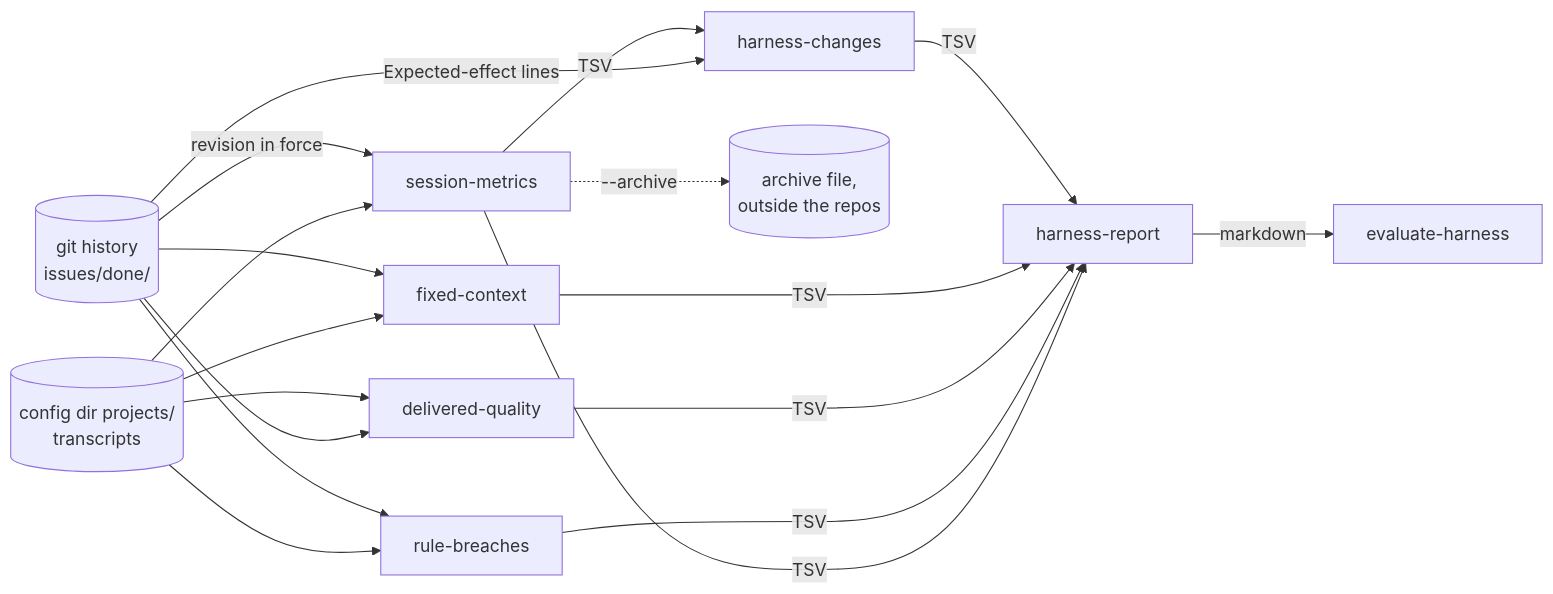
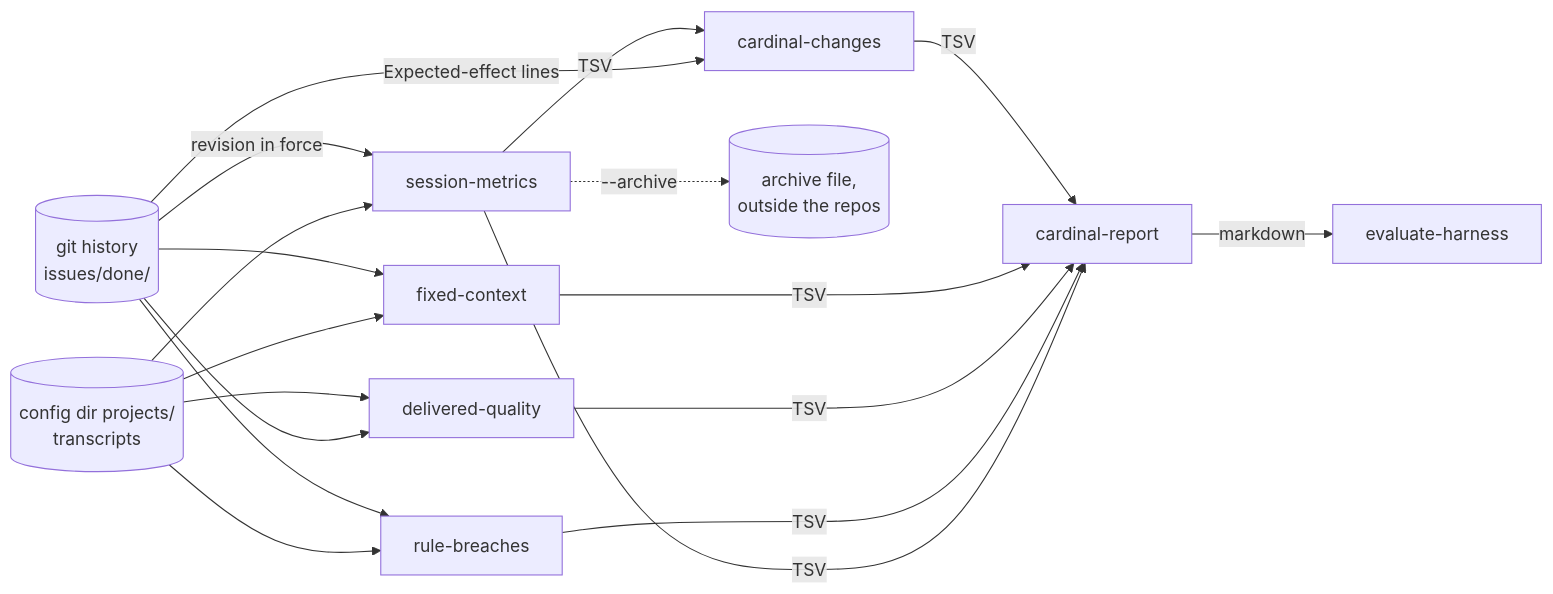
The fourth of 4 diagrams in docs/architecture.md (Electron-libre/agent-harness), drawn with Mermaid before and after one commit. The commit also changed other lines of this file and 16 other files, not shown here.

First line of the commit message:
refactor: name the report and changes tools cardinal

````diff
--- a/docs/architecture.md
+++ b/docs/architecture.md
@@ -214,20 +214,20 @@
 ```mermaid
 flowchart LR
   transcripts[("config dir projects/<br/>transcripts")] --> metrics["session-metrics"]
   transcripts --> breaches["rule-breaches"]
   transcripts --> context["fixed-context"]
   git[("git history<br/>issues/done/")] --> quality["delivered-quality"]
   transcripts --> quality
   git -->|revision in force| metrics
   git --> breaches
   git --> context
-  metrics -->|TSV| report["harness-report"]
+  metrics -->|TSV| report["cardinal-report"]
   breaches -->|TSV| report
   quality -->|TSV| report
   context -->|TSV| report
-  git -->|"Expected-effect lines"| changes["harness-changes"]
+  git -->|"Expected-effect lines"| changes["cardinal-changes"]
   metrics -->|TSV| changes
   changes -->|TSV| report
   metrics -.->|"--archive"| archive[("archive file,<br/>outside the repos")]
   report -->|markdown| skill["evaluate-harness"]
 ```
````
